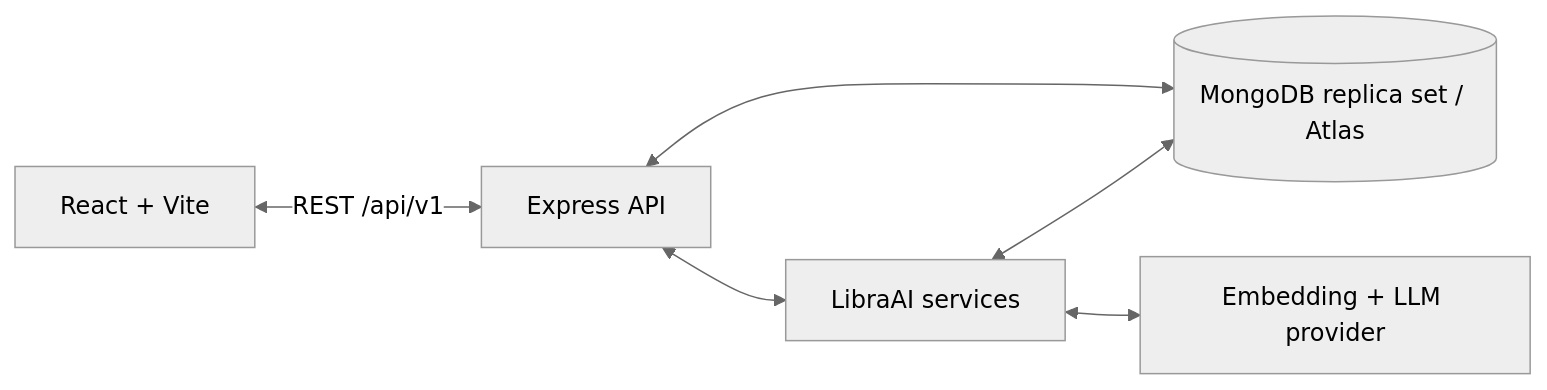
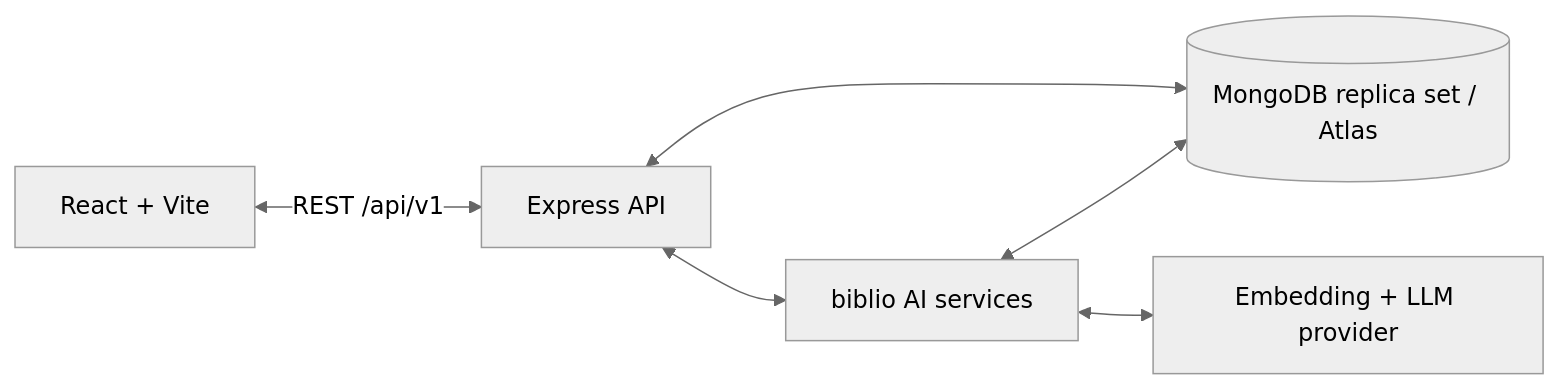
One commit to Suh7s/biblio changed the diagram in README.md. Above: the diagram before and after it, drawn with Mermaid (neutral theme). The commit also changed other lines of this file and 43 other files, not shown here.

````diff
--- a/README.md
+++ b/README.md
@@ -36,8 +38,8 @@
 ```mermaid
 flowchart LR
     Web["React + Vite"] <-->|"REST /api/v1"| API["Express API"]
     API <--> DB[("MongoDB replica set / Atlas")]
-    API <--> AI["LibraAI services"]
+    API <--> AI["biblio AI services"]
     AI <--> DB
     AI <--> Provider["Embedding + LLM provider"]
 ```
````
